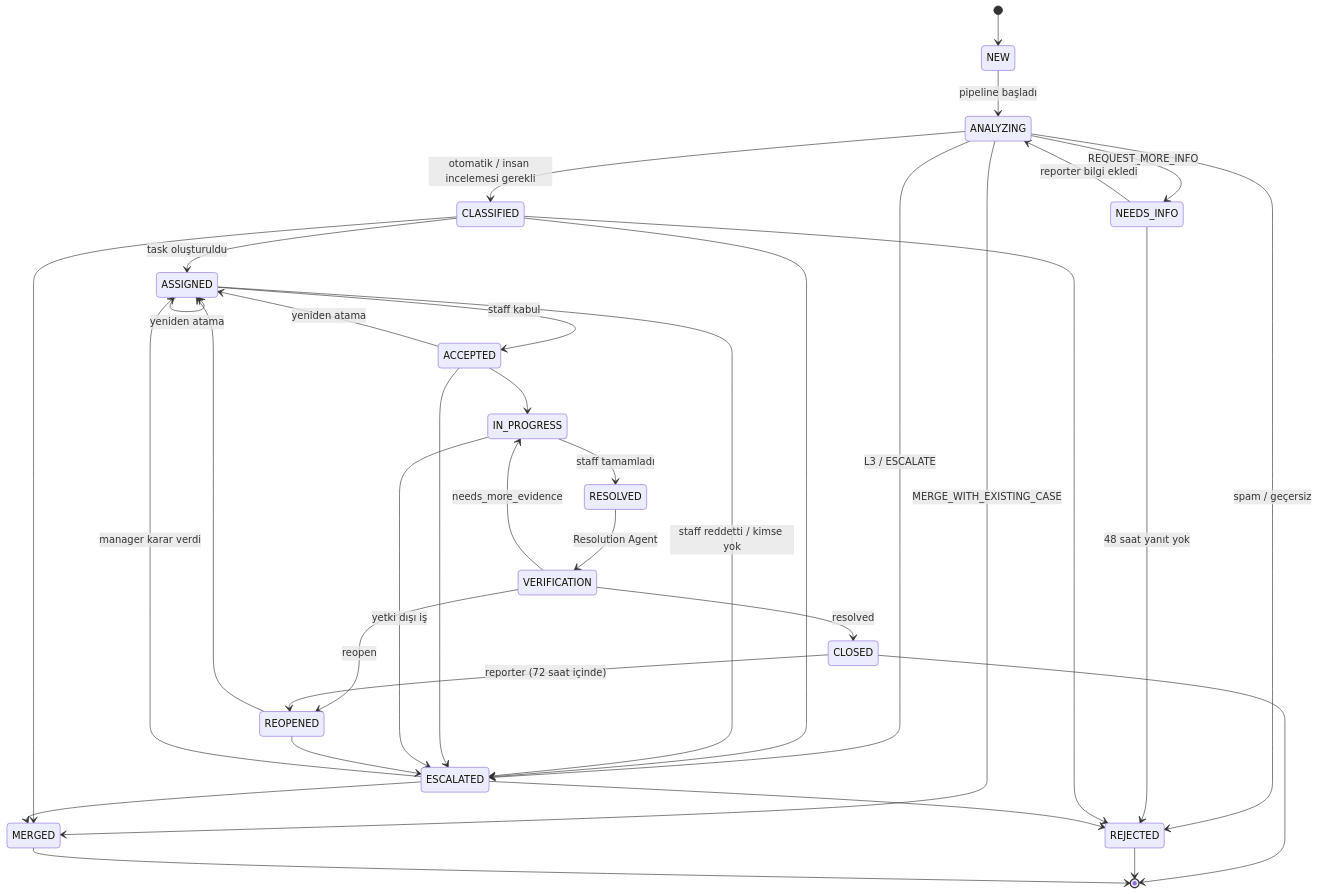
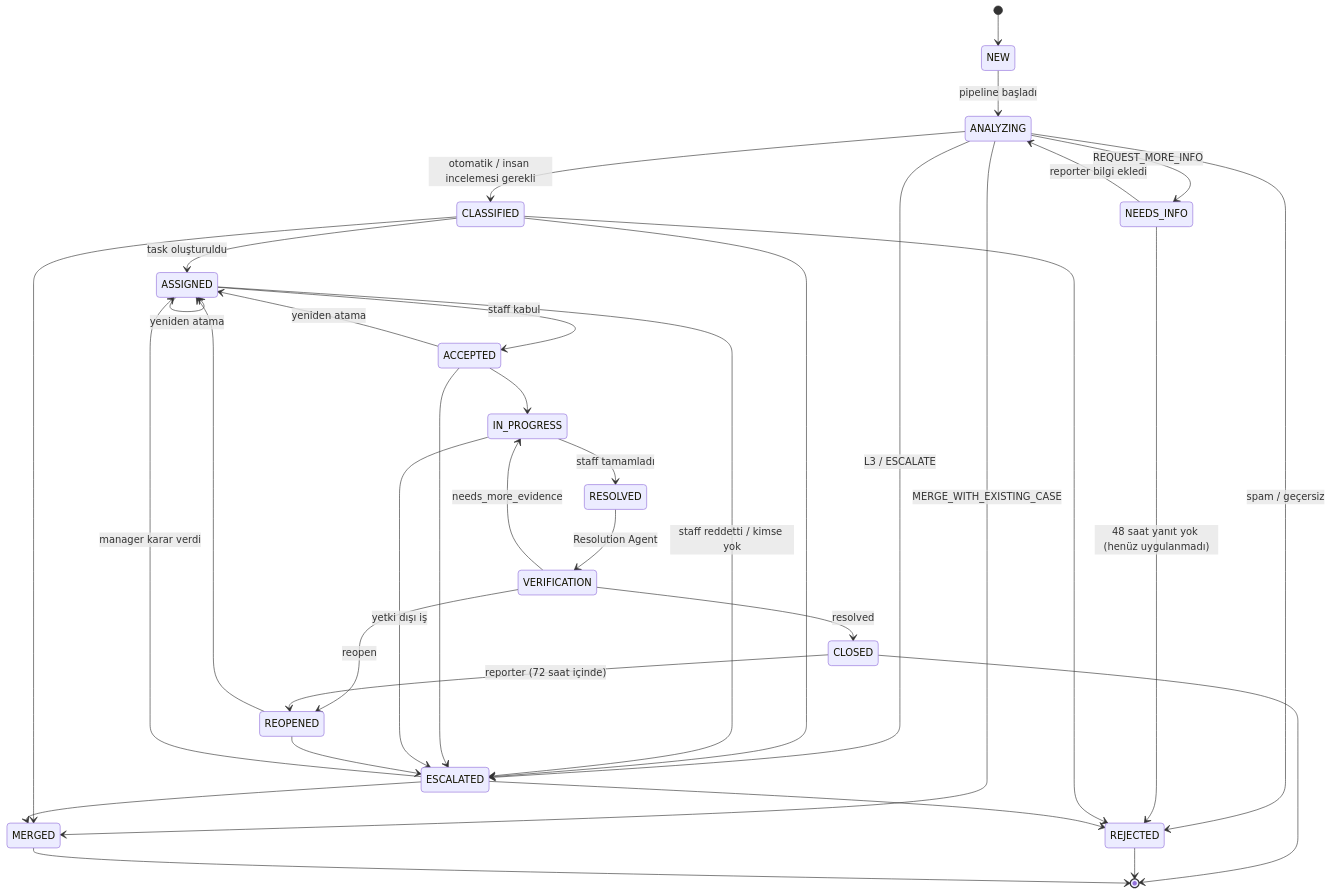
The diagram in docs/WORKFLOW.md (bahadirgokturk/BITIRME_PROJESI), drawn with Mermaid before and after one commit. The commit also changed other lines of this file and 28 other files, not shown here.

````diff
--- a/docs/WORKFLOW.md
+++ b/docs/WORKFLOW.md
@@ -5,37 +5,37 @@
 ```mermaid
 stateDiagram-v2
     [*] --> NEW
     NEW --> ANALYZING : pipeline başladı
     ANALYZING --> CLASSIFIED : otomatik / insan incelemesi gerekli
     ANALYZING --> NEEDS_INFO : REQUEST_MORE_INFO
     ANALYZING --> MERGED : MERGE_WITH_EXISTING_CASE
     ANALYZING --> ESCALATED : L3 / ESCALATE
     ANALYZING --> REJECTED : spam / geçersiz
     NEEDS_INFO --> ANALYZING : reporter bilgi ekledi
-    NEEDS_INFO --> REJECTED : 48 saat yanıt yok
+    NEEDS_INFO --> REJECTED : 48 saat yanıt yok (henüz uygulanmadı)
     CLASSIFIED --> ASSIGNED : task oluşturuldu
     CLASSIFIED --> ESCALATED
     CLASSIFIED --> MERGED
     CLASSIFIED --> REJECTED
     ESCALATED --> ASSIGNED : manager karar verdi
     ESCALATED --> MERGED
     ESCALATED --> REJECTED
     ASSIGNED --> ACCEPTED : staff kabul
     ASSIGNED --> ASSIGNED : yeniden atama
     ASSIGNED --> ESCALATED : staff reddetti / kimse yok
     ACCEPTED --> IN_PROGRESS
     ACCEPTED --> ASSIGNED : yeniden atama
     ACCEPTED --> ESCALATED
     IN_PROGRESS --> RESOLVED : staff tamamladı
     IN_PROGRESS --> ESCALATED : yetki dışı iş
     RESOLVED --> VERIFICATION : Resolution Agent
     VERIFICATION --> CLOSED : resolved
     VERIFICATION --> IN_PROGRESS : needs_more_evidence
     VERIFICATION --> REOPENED : reopen
     CLOSED --> REOPENED : reporter (72 saat içinde)
     REOPENED --> ASSIGNED
     REOPENED --> ESCALATED
     CLOSED --> [*]
     REJECTED --> [*]
     MERGED --> [*]
 ```
````
